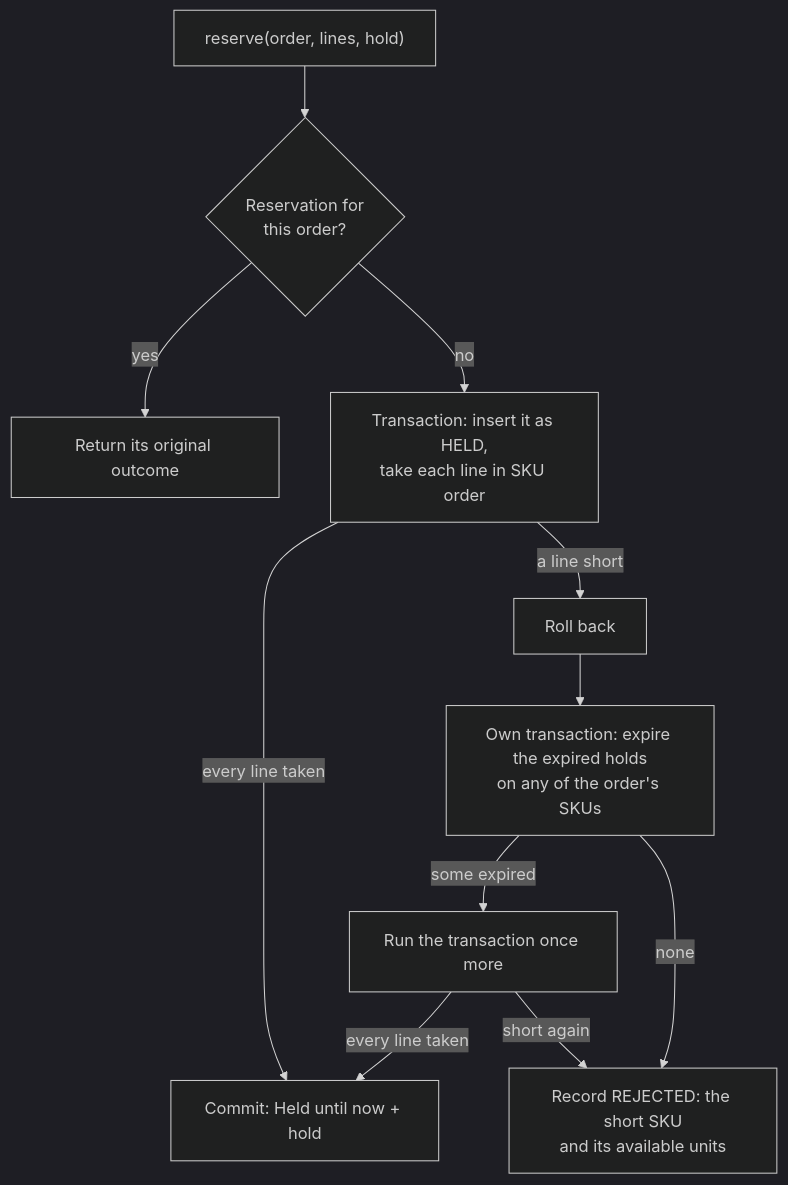
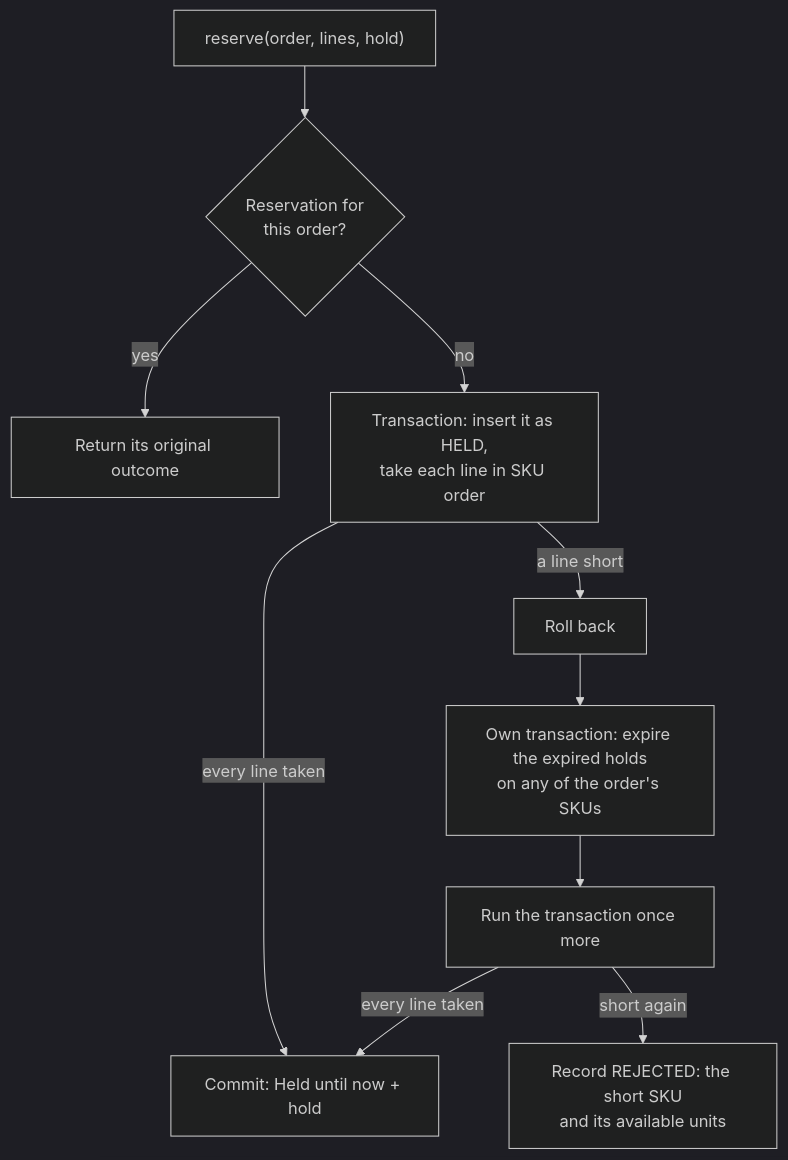
The seventh of 9 diagrams in docs/low-level-design.md (Deepika-1201/ecommerce-order-system), drawn with Mermaid (dark theme) before and after one commit. The commit also changed other lines of this file and 35 other files, not shown here.

````diff
--- a/docs/low-level-design.md
+++ b/docs/low-level-design.md
@@ -1018,13 +1018,12 @@
 ```mermaid
 flowchart TD
     start["reserve(order, lines, hold)"] --> known{"Reservation for<br/>this order?"}
     known -->|yes| recorded["Return its original outcome"]
     known -->|no| tx["Transaction: insert it as HELD,<br/>take each line in SKU order"]
     tx -->|every line taken| held["Commit: Held until now + hold"]
     tx -->|a line short| rollback["Roll back"]
     rollback --> reclaim["Own transaction: expire the expired holds<br/>on any of the order's SKUs"]
-    reclaim -->|some expired| retry["Run the transaction once more"]
-    reclaim -->|none| rejected["Record REJECTED: the short SKU<br/>and its available units"]
+    reclaim --> retry["Run the transaction once more"]
     retry -->|every line taken| held
-    retry -->|short again| rejected
+    retry -->|short again| rejected["Record REJECTED: the short SKU<br/>and its available units"]
 ```
````
